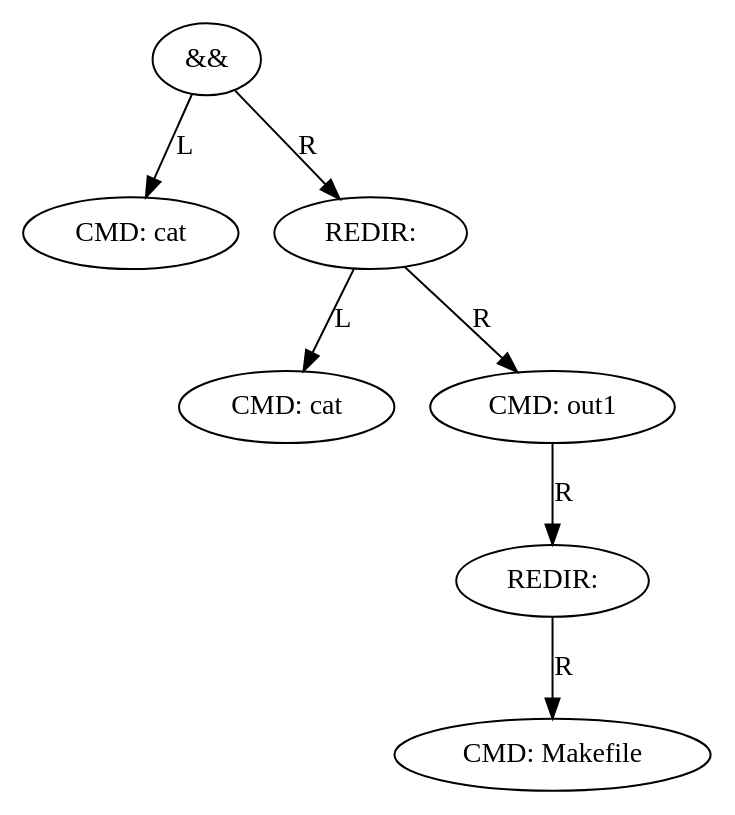
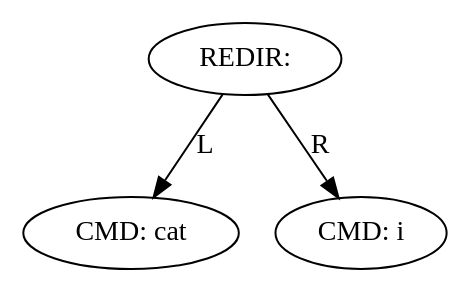
Before and after one commit to elachyry/minishell: the diagram in ast.dot, drawn with Graphviz. The commit also changed 12 other files, not shown here.

```diff
--- a/ast.dot
+++ b/ast.dot
@@ -1,15 +1,7 @@
 digraph AST {
-"0x603000003d00" [label="&&"];
-"0x603000003d00" -> "0x603000003d30" [label="L"];
-"0x603000003d30" [label="CMD: cat"];
-"0x603000003d00" -> "0x603000003d60" [label="R"];
-"0x603000003d60" [label="REDIR: "];
-"0x603000003d60" -> "0x603000003d90" [label="L"];
-"0x603000003d90" [label="CMD: cat"];
-"0x603000003d60" -> "0x603000003dc0" [label="R"];
-"0x603000003dc0" [label="CMD: out1"];
-"0x603000003dc0" -> "0x603000003df0" [label="R"];
-"0x603000003df0" [label="REDIR: "];
-"0x603000003df0" -> "0x603000003e20" [label="R"];
-"0x603000003e20" [label="CMD: Makefile"];
+"0x7f9dd6e00220" [label="REDIR: "];
+"0x7f9dd6e00220" -> "0x7f9dd6e00170" [label="L"];
+"0x7f9dd6e00170" [label="CMD: cat"];
+"0x7f9dd6e00220" -> "0x7f9dd6e00240" [label="R"];
+"0x7f9dd6e00240" [label="CMD: i"];
 }
```
